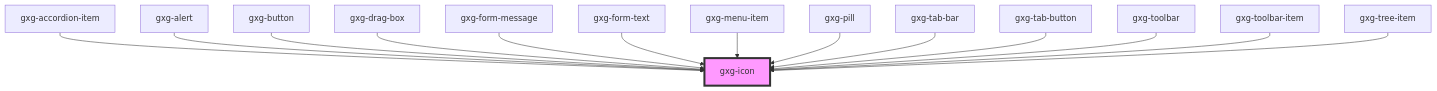
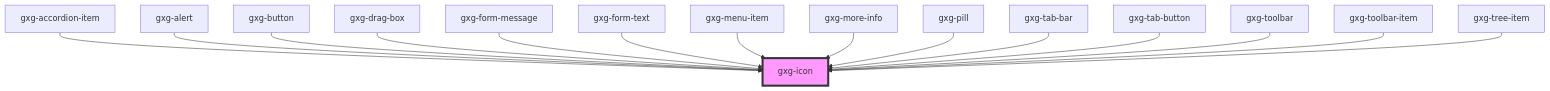
One commit to genexuslabs/gemini changed the diagram in src/components/icon/readme.md. Above: the diagram before and after it, drawn with Mermaid. The commit also changed other lines of this file and 19 other files, not shown here.

````diff
--- a/src/components/icon/readme.md
+++ b/src/components/icon/readme.md
@@ -34,17 +35,18 @@
 ```mermaid
 graph TD;
   gxg-accordion-item --> gxg-icon
   gxg-alert --> gxg-icon
   gxg-button --> gxg-icon
   gxg-drag-box --> gxg-icon
   gxg-form-message --> gxg-icon
   gxg-form-text --> gxg-icon
   gxg-menu-item --> gxg-icon
+  gxg-more-info --> gxg-icon
   gxg-pill --> gxg-icon
   gxg-tab-bar --> gxg-icon
   gxg-tab-button --> gxg-icon
   gxg-toolbar --> gxg-icon
   gxg-toolbar-item --> gxg-icon
   gxg-tree-item --> gxg-icon
   style gxg-icon fill:#f9f,stroke:#333,stroke-width:4px
 ```
````
